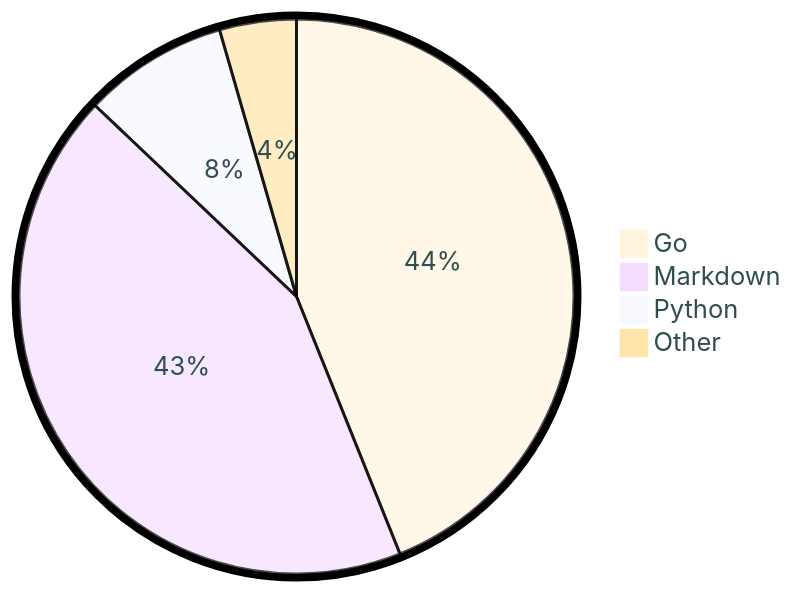
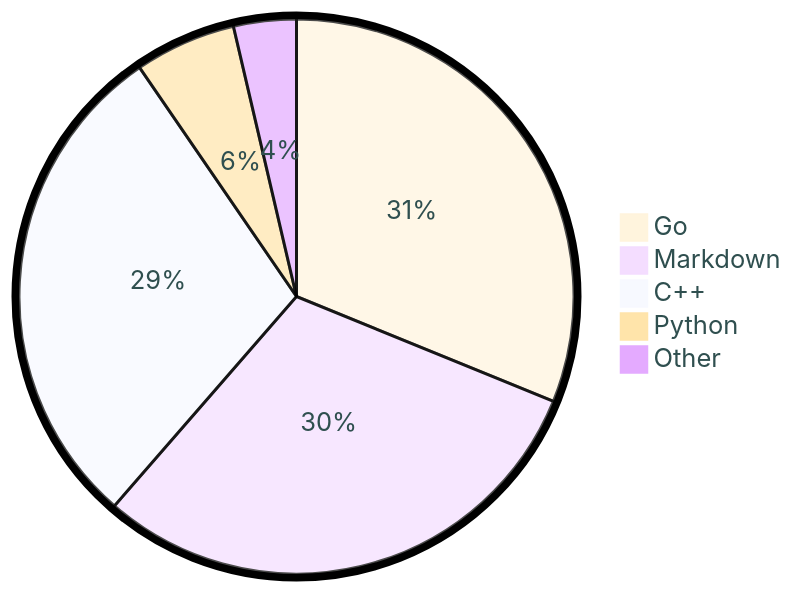
The diagram in README.md (tot0p/tot0p), drawn with Mermaid before and after one commit. The commit also changed other lines of this file, not shown here.

````diff
--- a/README.md
+++ b/README.md
@@ -82,8 +86,9 @@
 ```mermaid
 %%{init: {"pie": {"textPosition": 0.5}, "themeVariables": {"pieOuterStrokeWidth": "5px","primaryTextColor" : "#2F4F4F"},"theme":"base"} }%%
 pie
-	"Go": 43.92
-	"Markdown": 43.17
-	"Python": 8.45
-	"Other": 4.469999999999999
+	"Go": 31.16
+	"Markdown": 30.22
+	"C++": 29.04
+	"Python": 5.91
+	"Other": 3.6499999999999995
 ```
````
